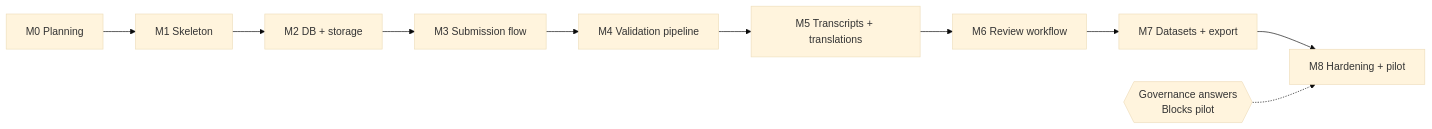
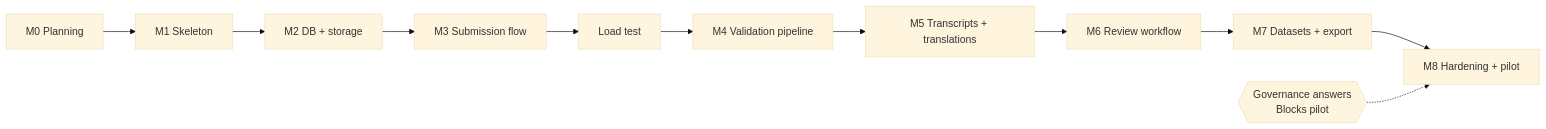
Before and after one commit to 21mohit-dotcom/lokdhara: the diagram in docs/ROADMAP.md, drawn with Mermaid (base theme). The commit also changed other lines of this file, not shown here.

First line of the commit message:
docs(roadmap): plan a load test of the submission flow after M3

````diff
--- a/docs/ROADMAP.md
+++ b/docs/ROADMAP.md
@@ -11,12 +11,13 @@
 ```mermaid
 flowchart LR
     M0[M0 Planning] --> M1[M1 Skeleton]
     M1 --> M2[M2 DB + storage]
     M2 --> M3[M3 Submission flow]
-    M3 --> M4[M4 Validation pipeline]
+    M3 --> L3[Load test]
+    L3 --> M4[M4 Validation pipeline]
     M4 --> M5[M5 Transcripts + translations]
     M5 --> M6[M6 Review workflow]
     M6 --> M7[M7 Datasets + export]
     M7 --> M8[M8 Hardening + pilot]
     G{{Governance answers<br/>Blocks pilot}} -.-> M8
 ```
````
